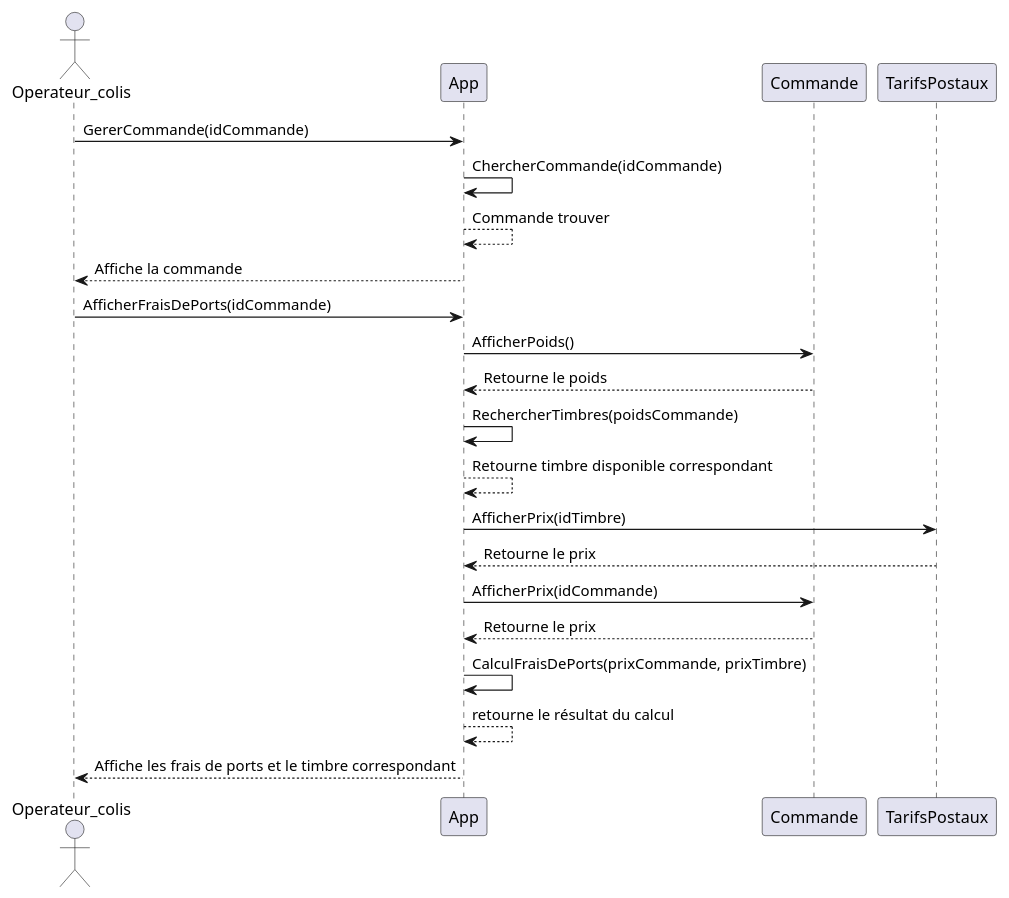
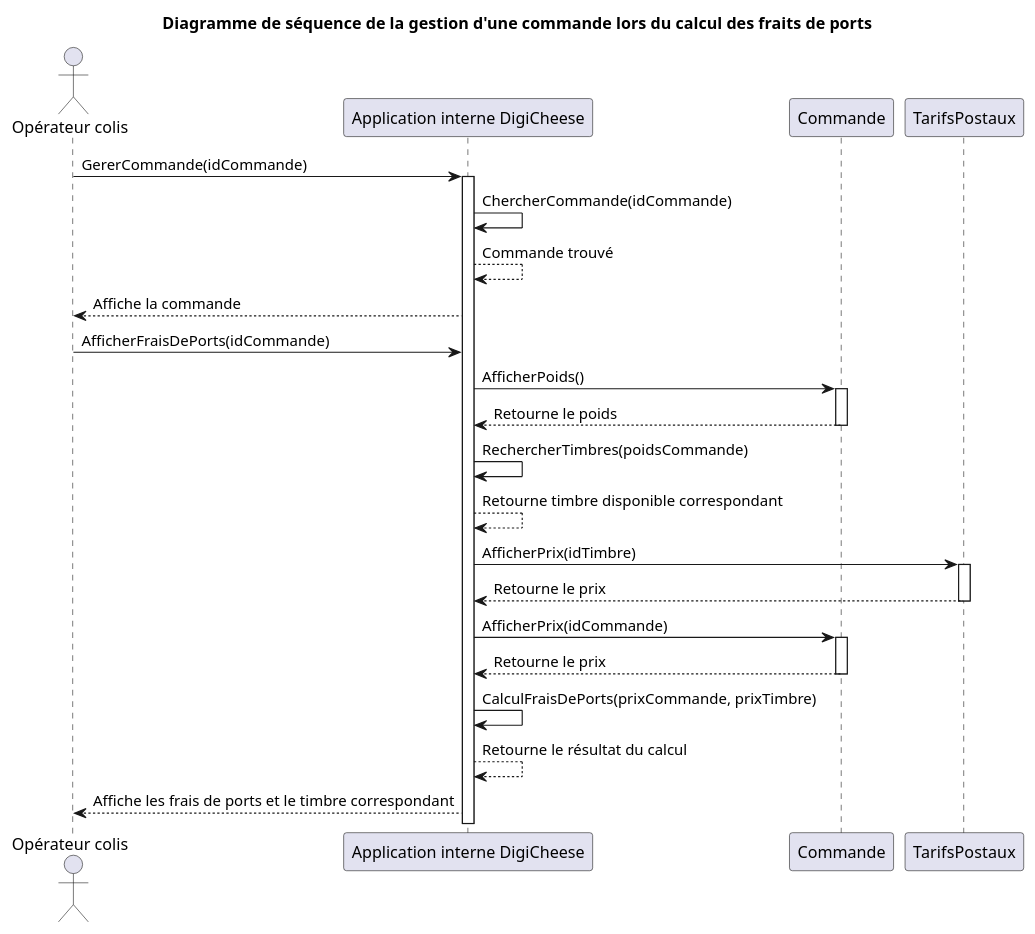
One commit to Bluwen/Conception_d_une_application_informatique changed the diagram in Cas_séquence/DS_Calcul_Frais_De_Ports.puml. Above: the diagram before and after it, drawn with PlantUML. The commit also changed 11 other files, not shown here.

Commit message:
Mise au points du vocabulaire des diagrammes

```diff
--- a/Cas_séquence/DS_Calcul_Frais_De_Ports.puml
+++ b/Cas_séquence/DS_Calcul_Frais_De_Ports.puml
@@ -1,29 +1,37 @@
-@startuml Calcul des frais de ports
+@startuml Diaagramme de séquence du calcul des frais de ports
 
-actor Operateur_colis
+actor "Opérateur colis"
 
-Operateur_colis -> App : GererCommande(idCommande)
-App -> App : ChercherCommande(idCommande)
-App --> App : Commande trouver
-App --> Operateur_colis : Affiche la commande
+"Opérateur colis" -> "Application interne DigiCheese" : GererCommande(idCommande)
+activate "Application interne DigiCheese"
+"Application interne DigiCheese" -> "Application interne DigiCheese" : ChercherCommande(idCommande)
+"Application interne DigiCheese" --> "Application interne DigiCheese" : Commande trouvé
+"Application interne DigiCheese" --> "Opérateur colis" : Affiche la commande
 
-Operateur_colis -> App : AfficherFraisDePorts(idCommande)
+"Opérateur colis" -> "Application interne DigiCheese" : AfficherFraisDePorts(idCommande)
 
-App -> Commande : AfficherPoids()
-Commande --> App : Retourne le poids
+"Application interne DigiCheese" -> Commande : AfficherPoids()
+activate Commande
+Commande --> "Application interne DigiCheese" : Retourne le poids
+deactivate Commande
 
-App -> App : RechercherTimbres(poidsCommande)
-App --> App : Retourne timbre disponible correspondant
+"Application interne DigiCheese" -> "Application interne DigiCheese" : RechercherTimbres(poidsCommande)
+"Application interne DigiCheese" --> "Application interne DigiCheese" : Retourne timbre disponible correspondant
 
-App -> TarifsPostaux : AfficherPrix(idTimbre)
-TarifsPostaux --> App : Retourne le prix
+"Application interne DigiCheese" -> TarifsPostaux : AfficherPrix(idTimbre)
+activate TarifsPostaux
+TarifsPostaux --> "Application interne DigiCheese" : Retourne le prix
+deactivate TarifsPostaux
 
-App -> Commande : AfficherPrix(idCommande)
-Commande --> App : Retourne le prix
+"Application interne DigiCheese" -> Commande : AfficherPrix(idCommande)
+activate Commande
+Commande --> "Application interne DigiCheese" : Retourne le prix
+deactivate Commande
 
-App -> App : CalculFraisDePorts(prixCommande, prixTimbre)
-App --> App : retourne le résultat du calcul
+"Application interne DigiCheese" -> "Application interne DigiCheese" : CalculFraisDePorts(prixCommande, prixTimbre)
+"Application interne DigiCheese" --> "Application interne DigiCheese" : Retourne le résultat du calcul
 
-App --> Operateur_colis : Affiche les frais de ports et le timbre correspondant
+"Application interne DigiCheese" --> "Opérateur colis" : Affiche les frais de ports et le timbre correspondant
 
+title Diagramme de séquence de la gestion d'une commande lors du calcul des fraits de ports
 @enduml
```
